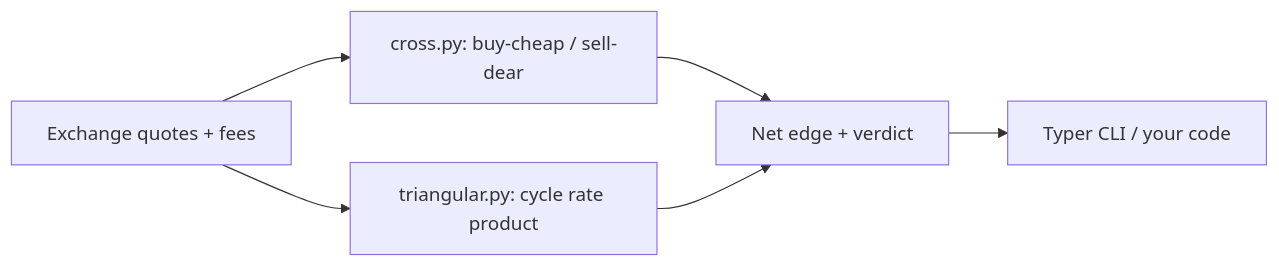
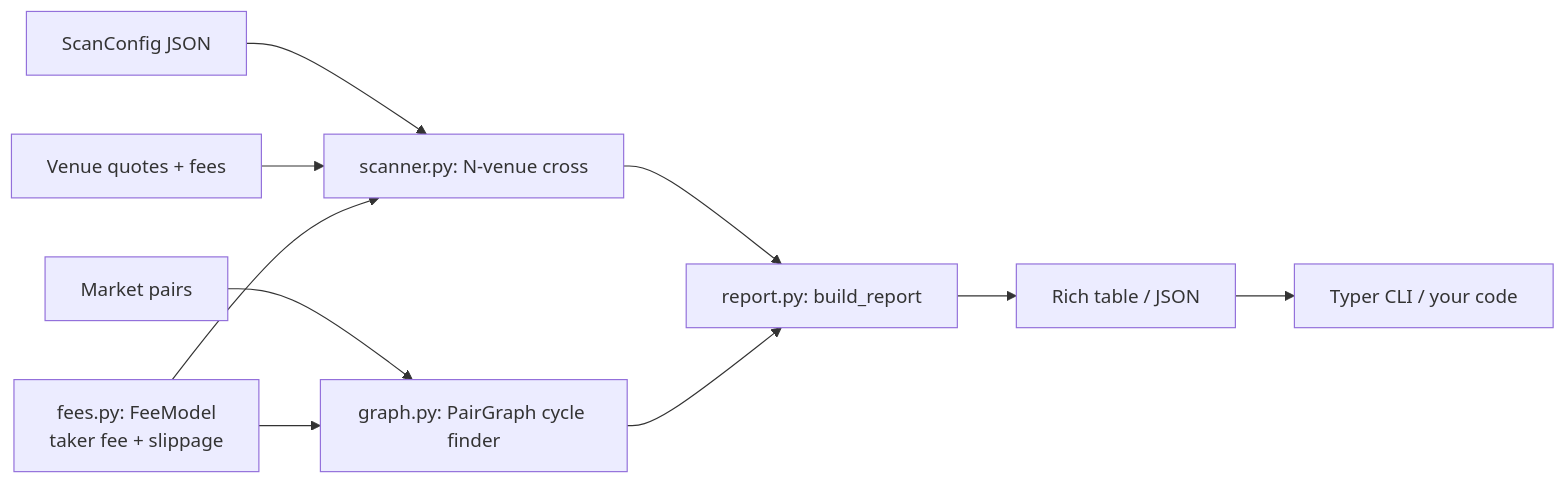
The diagram in README.md (Viprasol-Tech/crypto-arbitrage-bot), drawn with Mermaid before and after one commit. The commit also changed other lines of this file and 15 other files, not shown here.

````diff
--- a/README.md
+++ b/README.md
@@ -78,8 +109,12 @@
 ```mermaid
 flowchart LR
-    Q[Exchange quotes + fees] --> CROSS[cross.py: buy-cheap / sell-dear]
-    Q --> TRI[triangular.py: cycle rate product]
-    CROSS --> V[Net edge + verdict]
-    TRI --> V
-    V --> CLI[Typer CLI / your code]
+    CFG[ScanConfig JSON] --> SCAN
+    Q[Venue quotes + fees] --> SCAN[scanner.py: N-venue cross]
+    P[Market pairs] --> G[graph.py: PairGraph cycle finder]
+    FEE[fees.py: FeeModel\ntaker fee + slippage] --> SCAN
+    FEE --> G
+    SCAN --> R[report.py: build_report]
+    G --> R
+    R --> T[Rich table / JSON]
+    T --> CLI[Typer CLI / your code]
 ```
````
